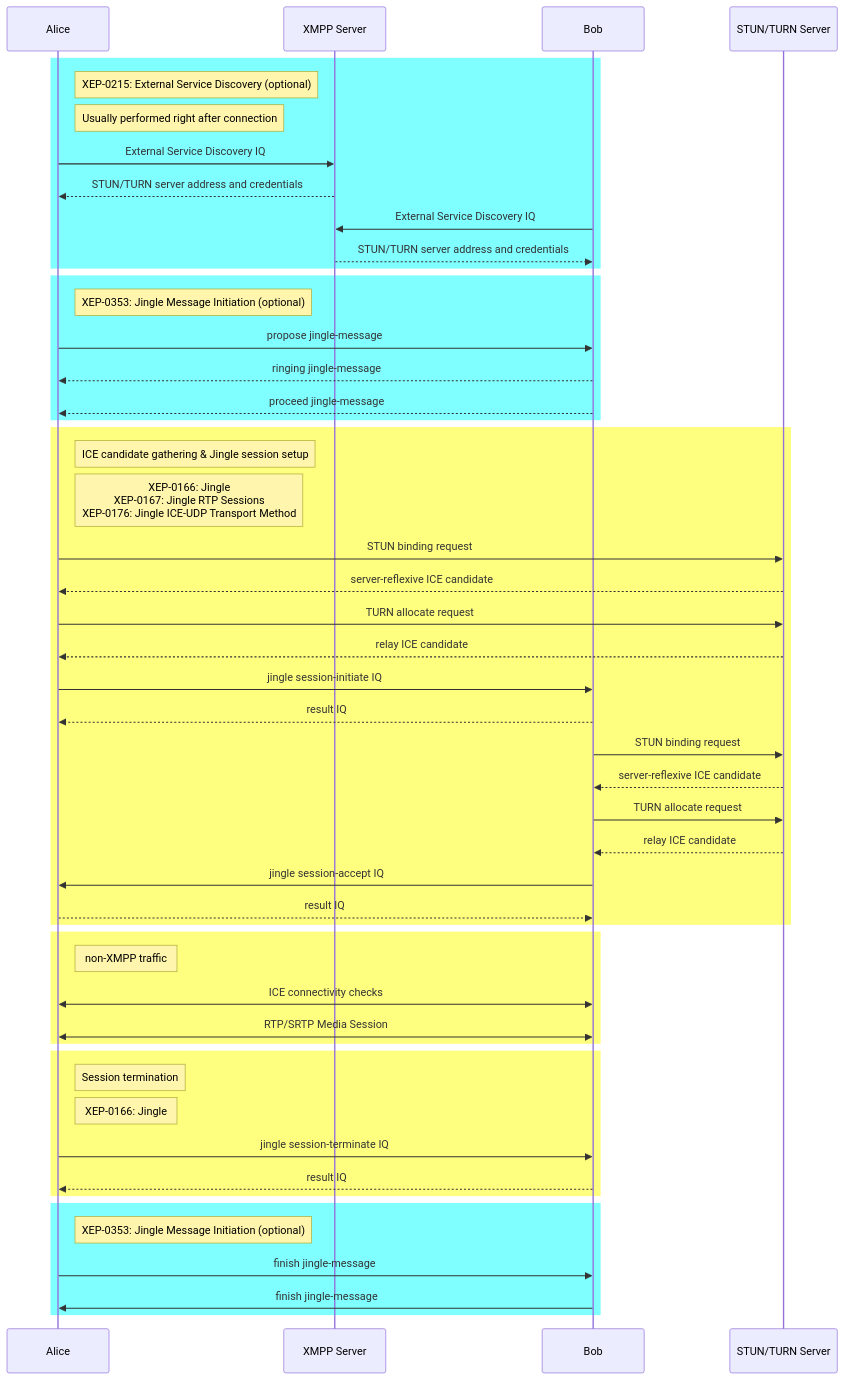
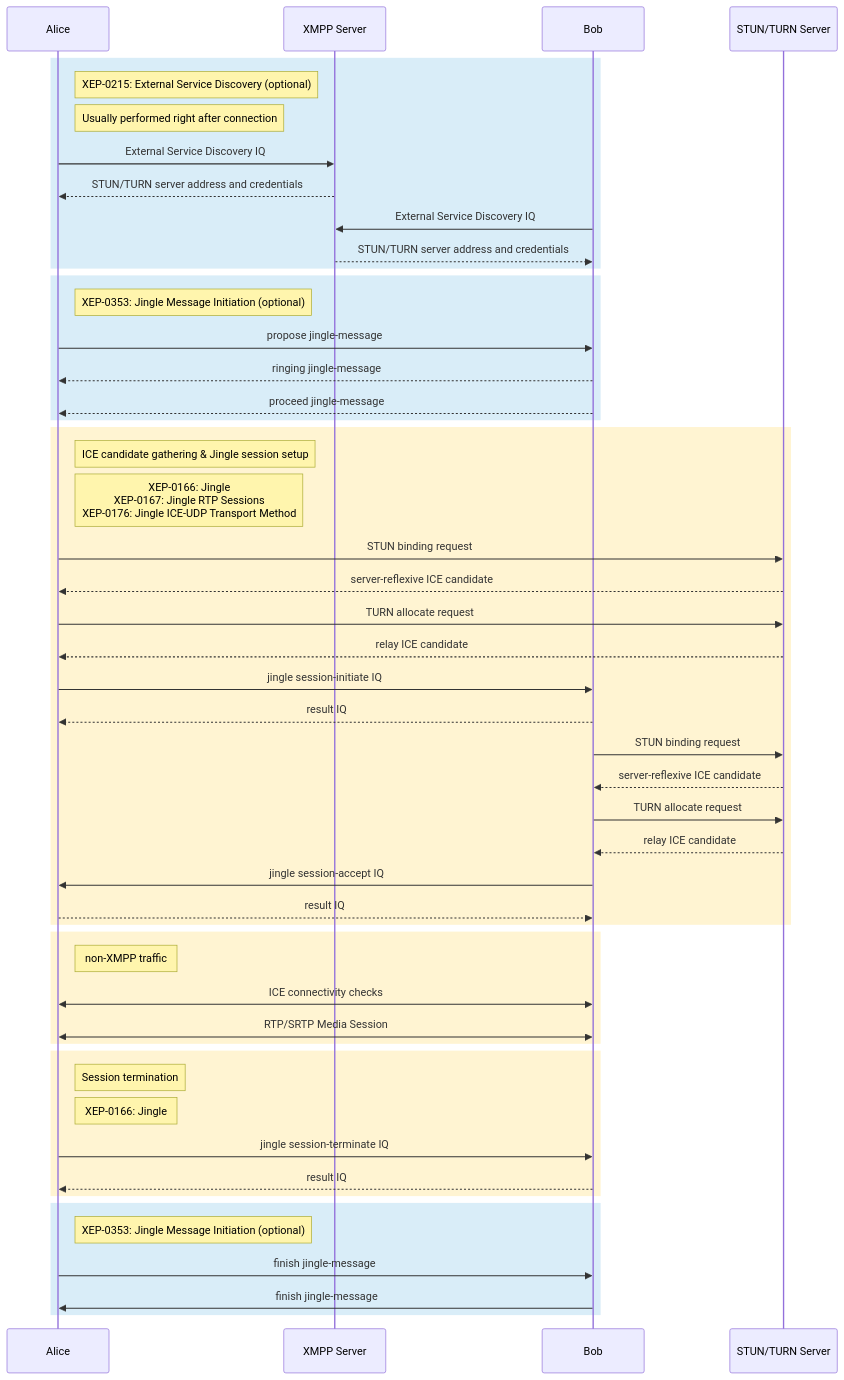
The sixth of 6 diagrams in doc/tutorials/jingle.md (esl/MongooseIM), drawn with Mermaid before and after one commit. The commit also changed other lines of this file and 1 other file, not shown here.

Commit message:
Fix dark-theme mermaid diagrams

````diff
--- a/doc/tutorials/jingle.md
+++ b/doc/tutorials/jingle.md
@@ -257,59 +257,59 @@
 ```mermaid
 sequenceDiagram
     participant Alice
     participant XMPP as XMPP Server
     participant Bob
     participant TURN as STUN/TURN Server
 
-    rect rgba(0, 255, 255, 0.5)
+    rect rgba(2, 136, 209, 0.15)
         note right of Alice: XEP-0215: External Service Discovery (optional)
         note right of Alice: Usually performed right after connection
         Alice->>XMPP: External Service Discovery IQ
         XMPP-->>Alice: STUN/TURN server address and credentials
         Bob->>XMPP: External Service Discovery IQ
         XMPP-->>Bob: STUN/TURN server address and credentials
     end
 
-    rect rgba(0, 255, 255, 0.5)
+    rect rgba(2, 136, 209, 0.15)
         note right of Alice: XEP-0353: Jingle Message Initiation (optional)
         Alice->>Bob: propose jingle-message
         Bob-->>Alice: ringing jingle-message
         Bob-->>Alice: proceed jingle-message
     end
 
-    rect rgba(255, 255, 0, 0.5)
+    rect rgba(255, 193, 7, 0.18)
         note right of Alice: ICE candidate gathering & Jingle session setup
         note right of Alice:  XEP-0166: Jingle<br/>XEP-0167: Jingle RTP Sessions<br/>XEP-0176: Jingle ICE-UDP Transport Method
         Alice->>TURN: STUN binding request
         TURN-->>Alice: server-reflexive ICE candidate
         Alice->>TURN: TURN allocate request
         TURN-->>Alice: relay ICE candidate
         Alice->>Bob: jingle session-initiate IQ
         Bob-->>Alice: result IQ
         Bob->>TURN: STUN binding request
         TURN-->>Bob: server-reflexive ICE candidate
         Bob->>TURN: TURN allocate request
         TURN-->>Bob: relay ICE candidate
         Bob->>Alice: jingle session-accept IQ
         Alice-->>Bob: result IQ
     end
 
-    rect rgba(255, 255, 0, 0.5)
+    rect rgba(255, 193, 7, 0.18)
         note right of Alice: non-XMPP traffic
         Alice<<->>Bob: ICE connectivity checks
         Alice<<->>Bob: RTP/SRTP Media Session
     end
 
-    rect rgba(255, 255, 0, 0.5)
+    rect rgba(255, 193, 7, 0.18)
         note right of Alice: Session termination
         note right of Alice:  XEP-0166: Jingle
         Alice->>Bob: jingle session-terminate IQ
         Bob-->>Alice: result IQ
     end
 
-    rect rgba(0, 255, 255, 0.5)
+    rect rgba(2, 136, 209, 0.15)
         note right of Alice: XEP-0353: Jingle Message Initiation (optional)
         Alice->>Bob: finish jingle-message
         Bob->>Alice: finish jingle-message
     end
 ```
````
